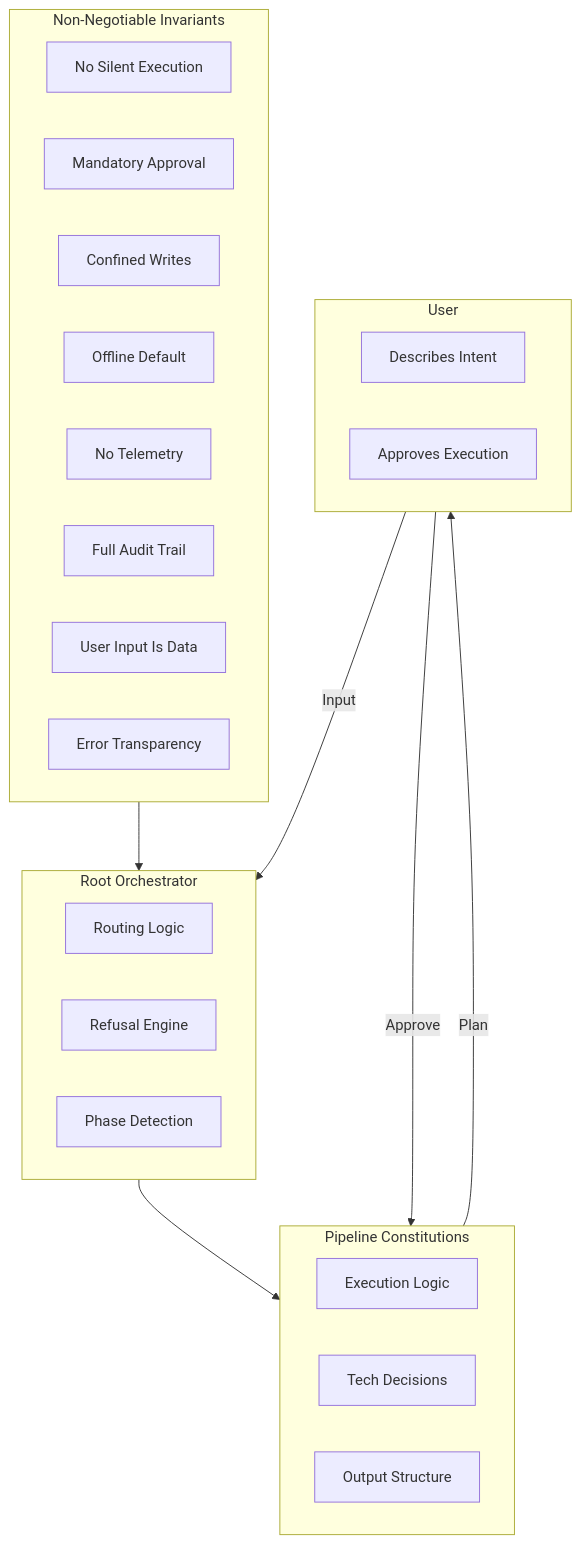
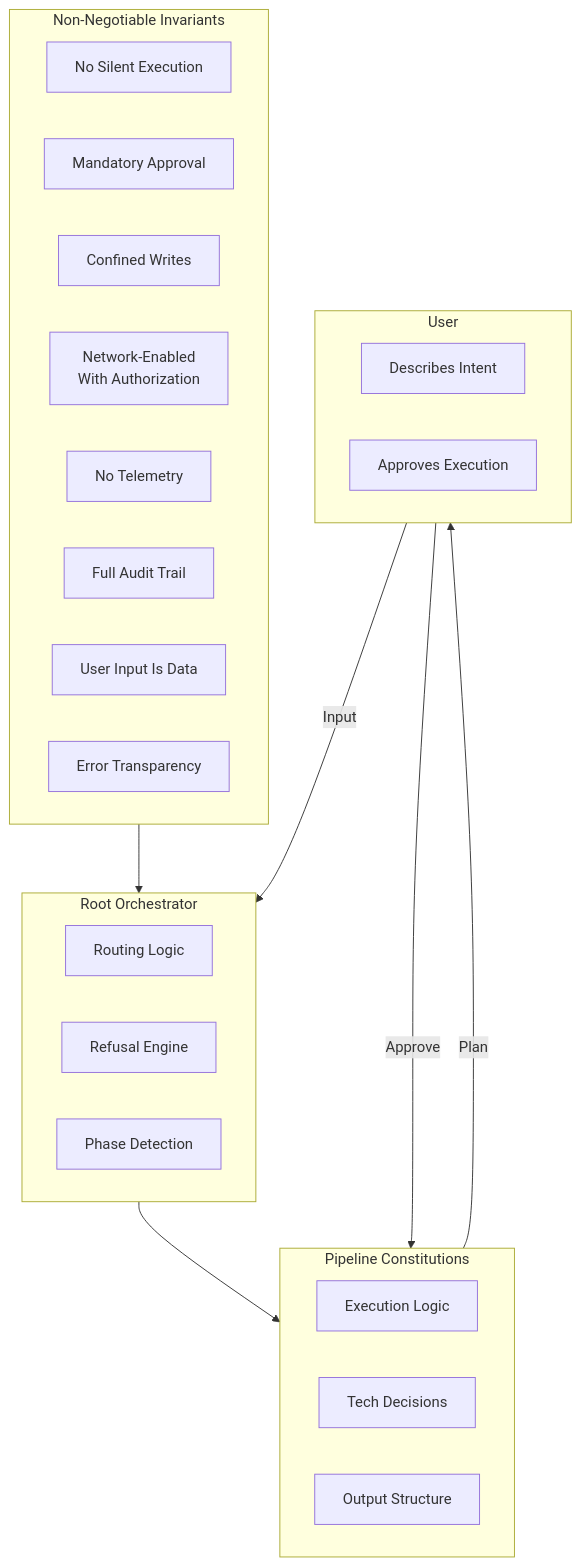
Before and after one commit to 0xAxiom/AppFactory: the third of 4 diagrams in docs/ARCHITECTURE.md, drawn with Mermaid. The commit also changed other lines of this file and 21 other files, not shown here.

````diff
--- a/docs/ARCHITECTURE.md
+++ b/docs/ARCHITECTURE.md
@@ -193,36 +193,36 @@
 ```mermaid
 flowchart TB
     subgraph Invariants["Non-Negotiable Invariants"]
         inv1["No Silent Execution"]
         inv2["Mandatory Approval"]
         inv3["Confined Writes"]
-        inv4["Offline Default"]
+        inv4["Network-Enabled<br/>With Authorization"]
         inv5["No Telemetry"]
         inv6["Full Audit Trail"]
         inv7["User Input Is Data"]
         inv8["Error Transparency"]
     end
 
     subgraph Root["Root Orchestrator"]
         routing["Routing Logic"]
         refusal["Refusal Engine"]
         phase["Phase Detection"]
     end
 
     subgraph Pipelines["Pipeline Constitutions"]
         execution["Execution Logic"]
         tech["Tech Decisions"]
         output["Output Structure"]
     end
 
     subgraph User["User"]
         intent["Describes Intent"]
         approval["Approves Execution"]
     end
 
     Invariants --> Root
     Root --> Pipelines
     User --> |"Input"| Root
     Pipelines --> |"Plan"| User
     User --> |"Approve"| Pipelines
 ```
````
